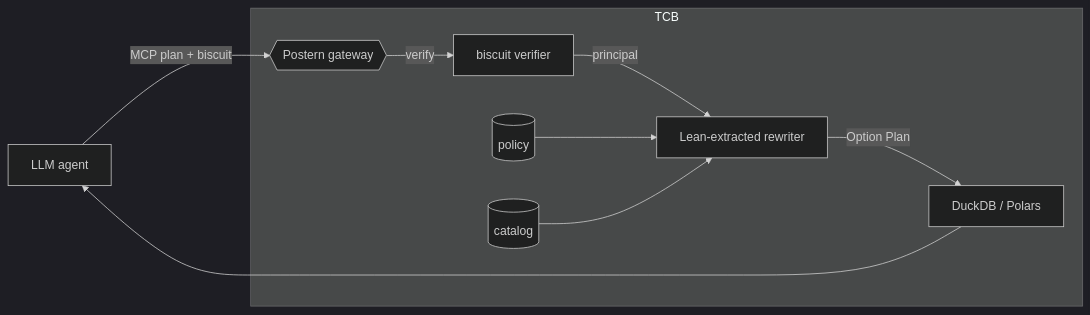
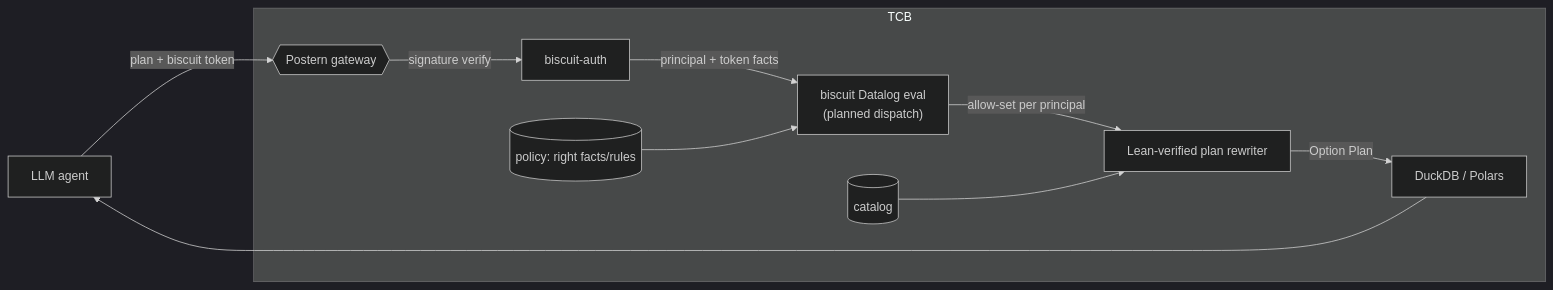
One commit to debuggingfuture/secure-program-synthesis changed the diagram in paper/figures/architecture.mmd. Above: the diagram before and after it, drawn with Mermaid (dark theme). The commit also changed 14 other files, not shown here.

```diff
--- a/paper/figures/architecture.mmd
+++ b/paper/figures/architecture.mmd
@@ -1,10 +1,11 @@
 flowchart LR
-  agent[LLM agent] -->|MCP plan + biscuit| gw{{Postern gateway}}
+  agent[LLM agent] -->|plan + biscuit token| gw{{Postern gateway}}
   subgraph TCB
-    gw -->|verify| bc[biscuit verifier]
-    bc -->|principal| rw[Lean-extracted rewriter]
-    pol[(policy)] --> rw
+    gw -->|signature verify| bc[biscuit-auth]
+    bc -->|principal + token facts| ev["biscuit Datalog eval<br/>(planned dispatch)"]
+    pol[(policy: right facts/rules)] --> ev
+    ev -->|allow-set per principal| rw[Lean-verified plan rewriter]
     cat[(catalog)] --> rw
     rw -->|Option Plan| exe[DuckDB / Polars]
   end
   exe --> agent
```
